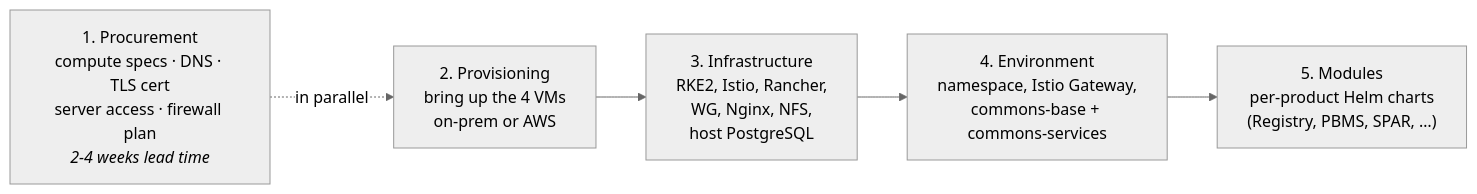
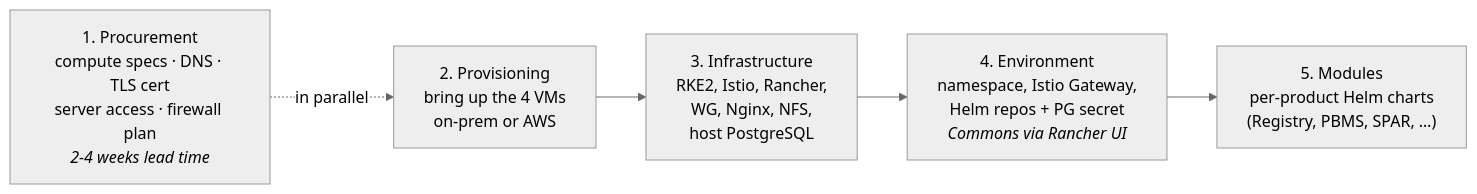
The diagram in operations/deployment/infrastructure-setup/README.md (OpenG2P/openg2p-documentation), drawn with Mermaid (neutral theme) before and after one commit. The commit also changed other lines of this file and 2 other files, not shown here.

Commit message:
[G2P-5133]document updated for prodcution deployment guides on removing commons installation.

````diff
--- a/operations/deployment/infrastructure-setup/README.md
+++ b/operations/deployment/infrastructure-setup/README.md
@@ -22,11 +22,11 @@
 ```mermaid
 flowchart LR
     S1["1. Procurement<br/>compute specs · DNS · TLS cert<br/>server access · firewall plan<br/><i>2-4 weeks lead time</i>"]
     S2["2. Provisioning<br/>bring up the 4 VMs<br/>on-prem or AWS"]
     S3["3. Infrastructure<br/>RKE2, Istio, Rancher,<br/>WG, Nginx, NFS,<br/>host PostgreSQL"]
-    S4["4. Environment<br/>namespace, Istio Gateway,<br/>commons-base + commons-services"]
+    S4["4. Environment<br/>namespace, Istio Gateway,<br/>Helm repos + PG secret<br/><i>Commons via Rancher UI</i>"]
     S5["5. Modules<br/>per-product Helm charts<br/>(Registry, PBMS, SPAR, …)"]
 
     S1 -. "in parallel" .-> S2
     S2 --> S3 --> S4 --> S5
 ```
````
